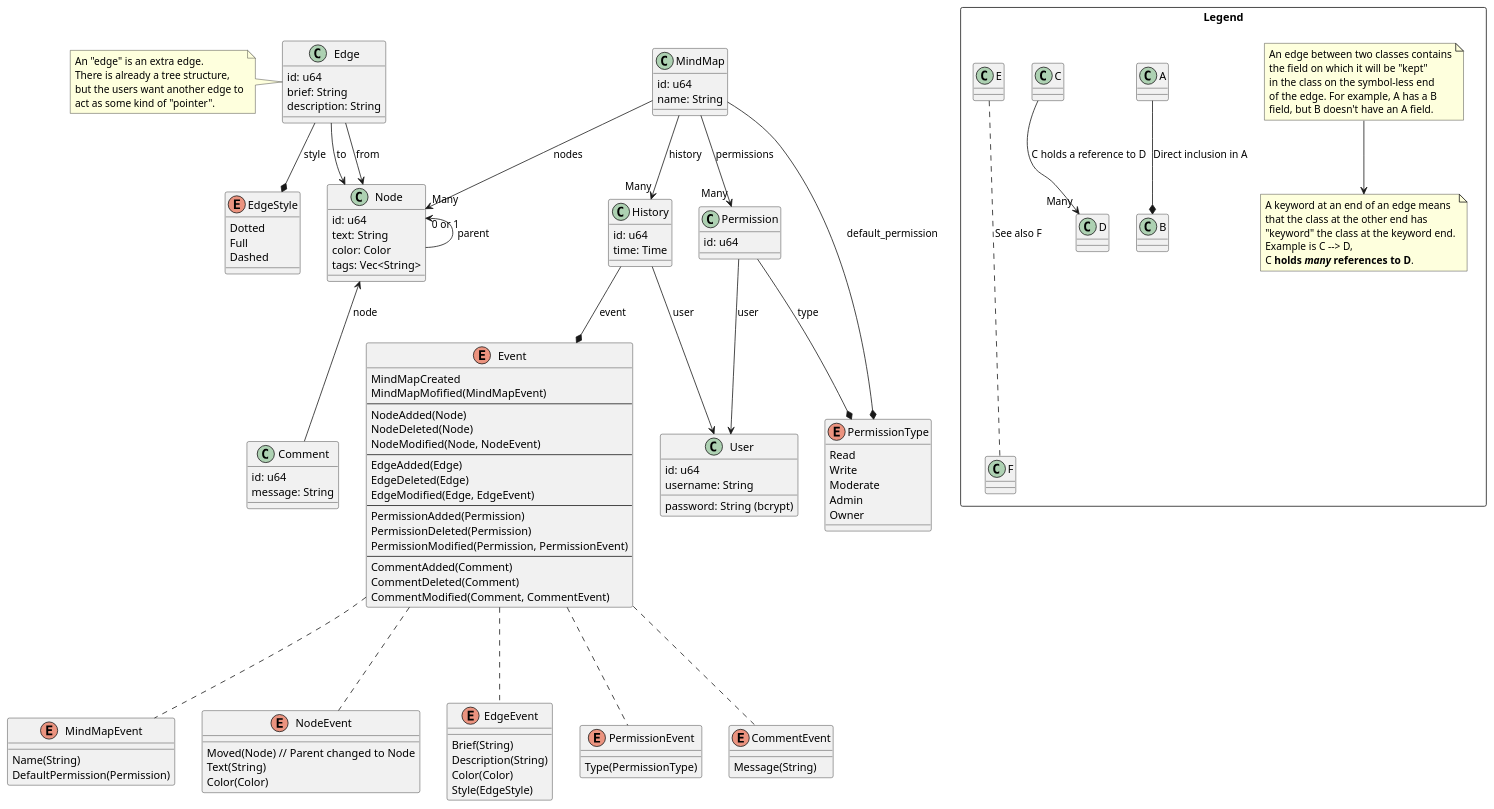
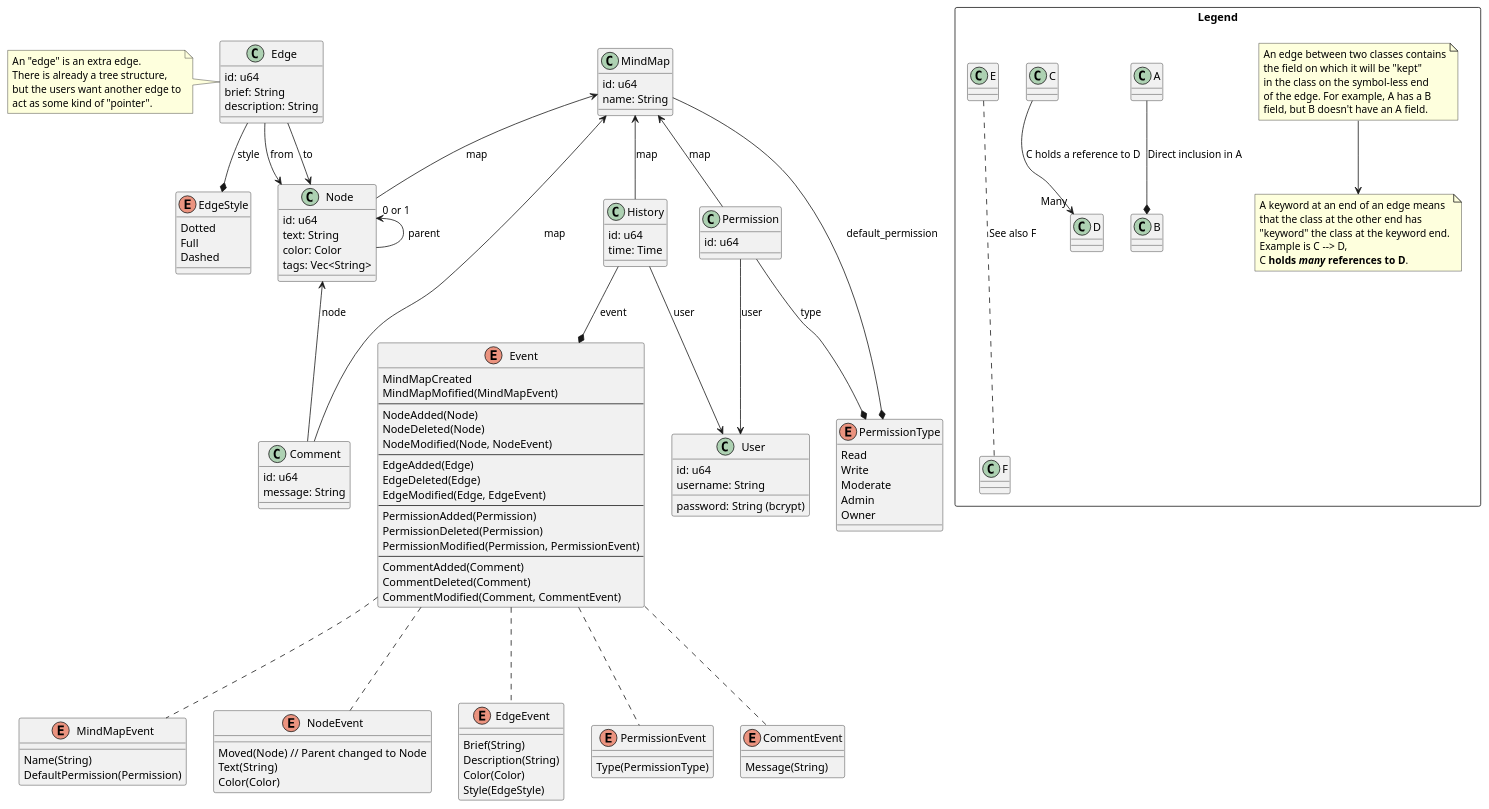
One commit to FlatBartender/mindmap changed the diagram in specs/classes.puml. Above: the diagram before and after it, drawn with PlantUML.

Commit message:
Made the diagram more RDBMS friendly

```diff
--- a/specs/classes.puml
+++ b/specs/classes.puml
@@ -1,174 +1,175 @@
 @startuml
 
 class MindMap {
 	id: u64
 	name: String
 }
 
-MindMap --> "Many" Node : nodes
-MindMap --> "Many" Permission : permissions
+MindMap <-- Node : map
+MindMap <-- Permission : map
 MindMap --* PermissionType : default_permission
-MindMap --> "Many" History : history
+MindMap <-- History : map
 
 class Permission {
 	id: u64
 }
 
 Permission --> User : user
 Permission --* PermissionType : type
 
 enum PermissionType {
 	Read
 	Write
 	Moderate
 	Admin
 	Owner
 }
 
 class Node {
 	id: u64
 	text: String
 	color: Color
 	tags: Vec<String>
 }
 
 Node "0 or 1" <-- Node : parent
 
 class Comment {
 	id: u64
 	message: String
 }
 
+MindMap <-- Comment : map
 Node <-- Comment : node
 
 class Edge {
 	id: u64
 	brief: String
 	description: String
 }
 
 note left of Edge
 	An "edge" is an extra edge. 
 	There is already a tree structure,
 	but the users want another edge to
 	act as some kind of "pointer".
 end note
 
 Edge --> Node : from
 Edge --> Node : to
 
 enum EdgeStyle {
 	Dotted
 	Full
 	Dashed
 }
 
 Edge --* EdgeStyle : style
 
 class User {
 	id: u64
 	username: String
 	password: String (bcrypt)
 }
 
 class History {
 	id: u64
 	time: Time
 }
 
 History --> User : user
 
 enum Event {
 	MindMapCreated
 	MindMapMofified(MindMapEvent)
 	---
 	NodeAdded(Node)
 	NodeDeleted(Node)
 	NodeModified(Node, NodeEvent)
 	---
 	EdgeAdded(Edge)
 	EdgeDeleted(Edge)
 	EdgeModified(Edge, EdgeEvent)
 	---
 	PermissionAdded(Permission)
 	PermissionDeleted(Permission)
 	PermissionModified(Permission, PermissionEvent)
 	---
 	CommentAdded(Comment)
 	CommentDeleted(Comment)
 	CommentModified(Comment, CommentEvent)
 }
 
 History --* Event : event
 
 enum MindMapEvent {
 	Name(String)
 	DefaultPermission(Permission)
 }
 
 Event ... MindMapEvent
 
 enum NodeEvent {
 	Moved(Node) // Parent changed to Node
 	Text(String)
 	Color(Color)
 }
 
 Event ... NodeEvent
 
 enum EdgeEvent {
 	Brief(String)
 	Description(String)
 	Color(Color)
 	Style(EdgeStyle)
 }
 
 Event ... EdgeEvent
 
 enum PermissionEvent {
 	Type(PermissionType)
 }
 
 Event ... PermissionEvent
 
 enum CommentEvent {
 	Message(String)
 }
 
 Event ... CommentEvent
 
 package Legend <<Rectangle>> {
 	class A
 	class B
 	A --* B : Direct inclusion in A
 
 	class C
 	class D
 	C --> "Many" D : C holds a reference to D
 
 	class E
 	class F
 	E ... F : See also F
 
 	together {
 		note as legend_note_1
 			An edge between two classes contains
 			the field on which it will be "kept"
 			in the class on the symbol-less end
 			of the edge. For example, A has a B
 			field, but B doesn't have an A field.
 		end note
 
 		note as legend_note_2
 			A keyword at an end of an edge means
 			that the class at the other end has
 			"keyword" the class at the keyword end.
 			Example is C --> D,
 			C <b>holds <i>many</i> references to D</b>.
 		end note
 
 		legend_note_1 -down-> legend_note_2
 	}
 }
 
 @enduml
```
